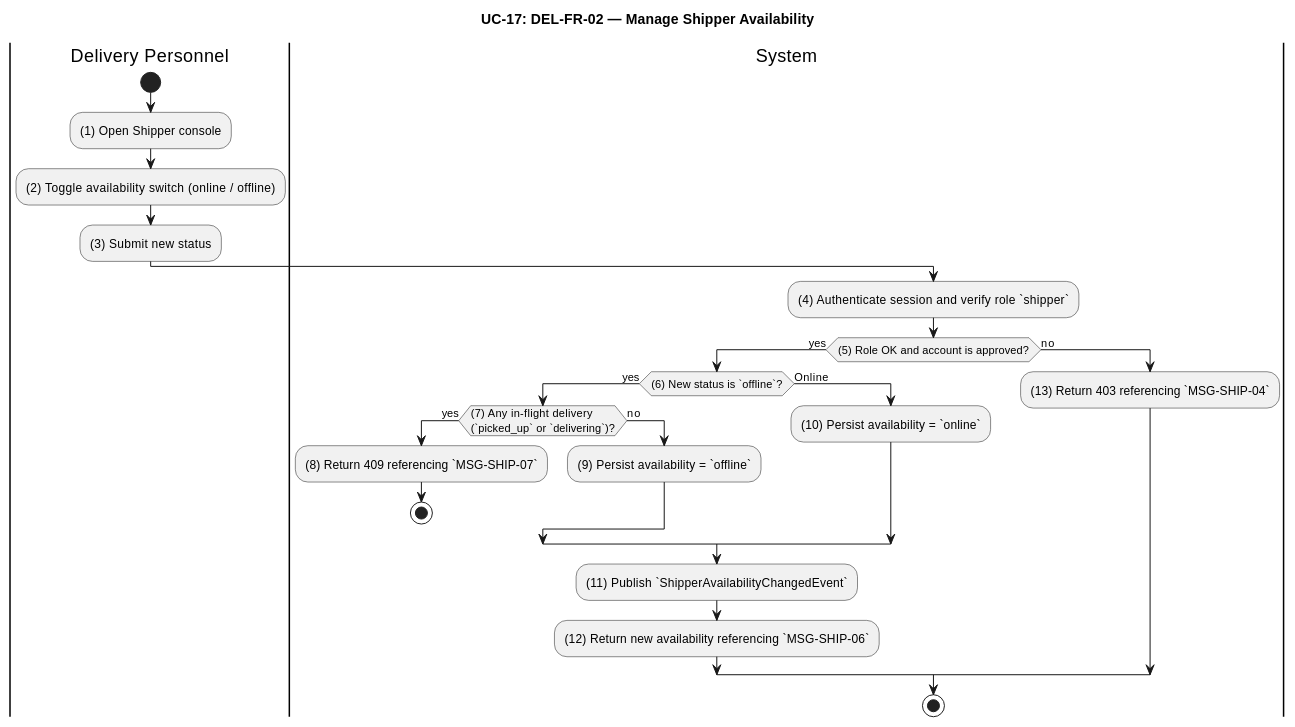
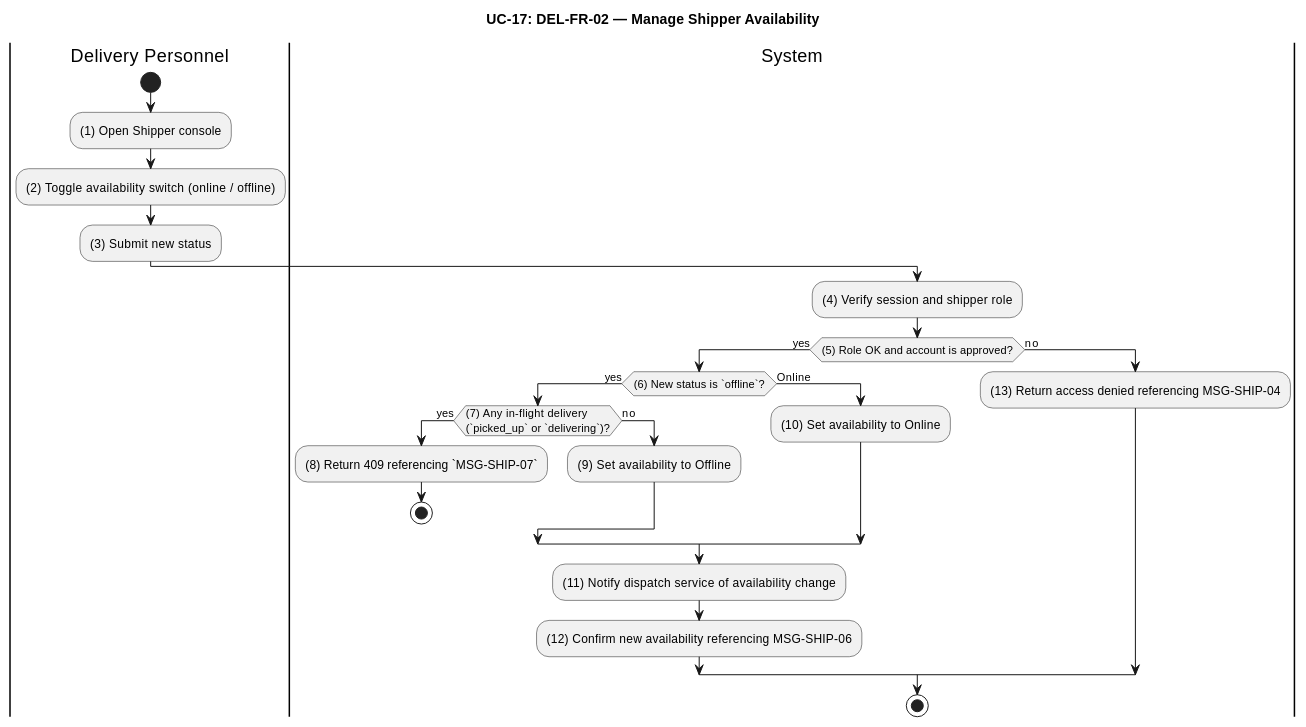
Diagram 17 of 26 in apps/api/docs/Final_Documents/SRS_FoodDelivery.md (luubinhdeptrai/Food_Delivery), drawn with PlantUML before and after one commit. The commit also changed other lines of this file, not shown here.

````diff
--- a/apps/api/docs/Final_Documents/SRS_FoodDelivery.md
+++ b/apps/api/docs/Final_Documents/SRS_FoodDelivery.md
@@ -1222,32 +1242,32 @@
 ```plantuml
 @startuml UC17-ManageShipperAvailability
 title UC-17: DEL-FR-02 — Manage Shipper Availability
 skinparam ConditionEndStyle hline
 
 |Delivery Personnel|
 start
 :(1) Open Shipper console;
 :(2) Toggle availability switch (online / offline);
 :(3) Submit new status;
 
 |System|
-:(4) Authenticate session and verify role `shipper`;
+:(4) Verify session and shipper role;
 if ((5) Role OK and account is approved?) then (yes)
   if ((6) New status is `offline`?) then (yes)
     if ((7) Any in-flight delivery\n(`picked_up` or `delivering`)?) then (yes)
       :(8) Return 409 referencing `MSG-SHIP-07`;
       stop
     else (no)
-      :(9) Persist availability = `offline`;
+      :(9) Set availability to Offline;
     endif
   else (Online)
-    :(10) Persist availability = `online`;
+    :(10) Set availability to Online;
   endif
-  :(11) Publish `ShipperAvailabilityChangedEvent`;
-  :(12) Return new availability referencing `MSG-SHIP-06`;
+  :(11) Notify dispatch service of availability change;
+  :(12) Confirm new availability referencing MSG-SHIP-06;
 else (no)
-  :(13) Return 403 referencing `MSG-SHIP-04`;
+  :(13) Return access denied referencing MSG-SHIP-04;
 endif
 stop
 @enduml
 ```
````
